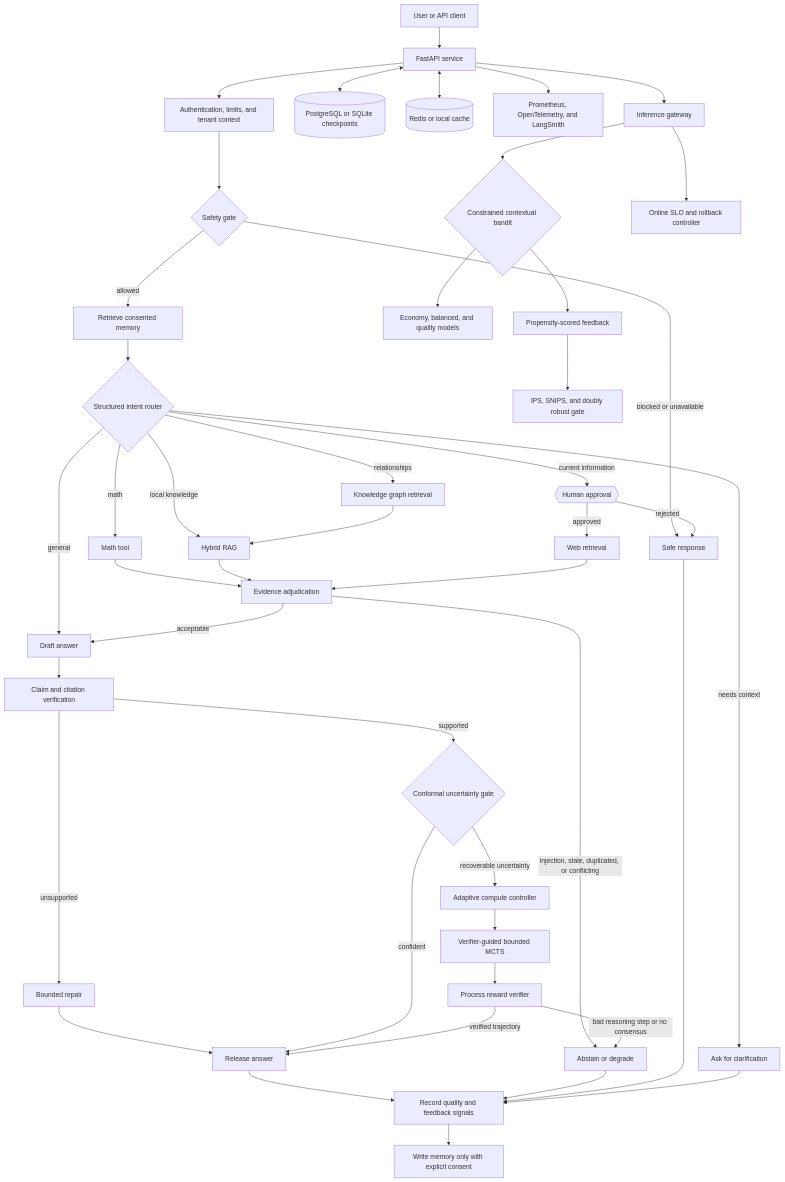
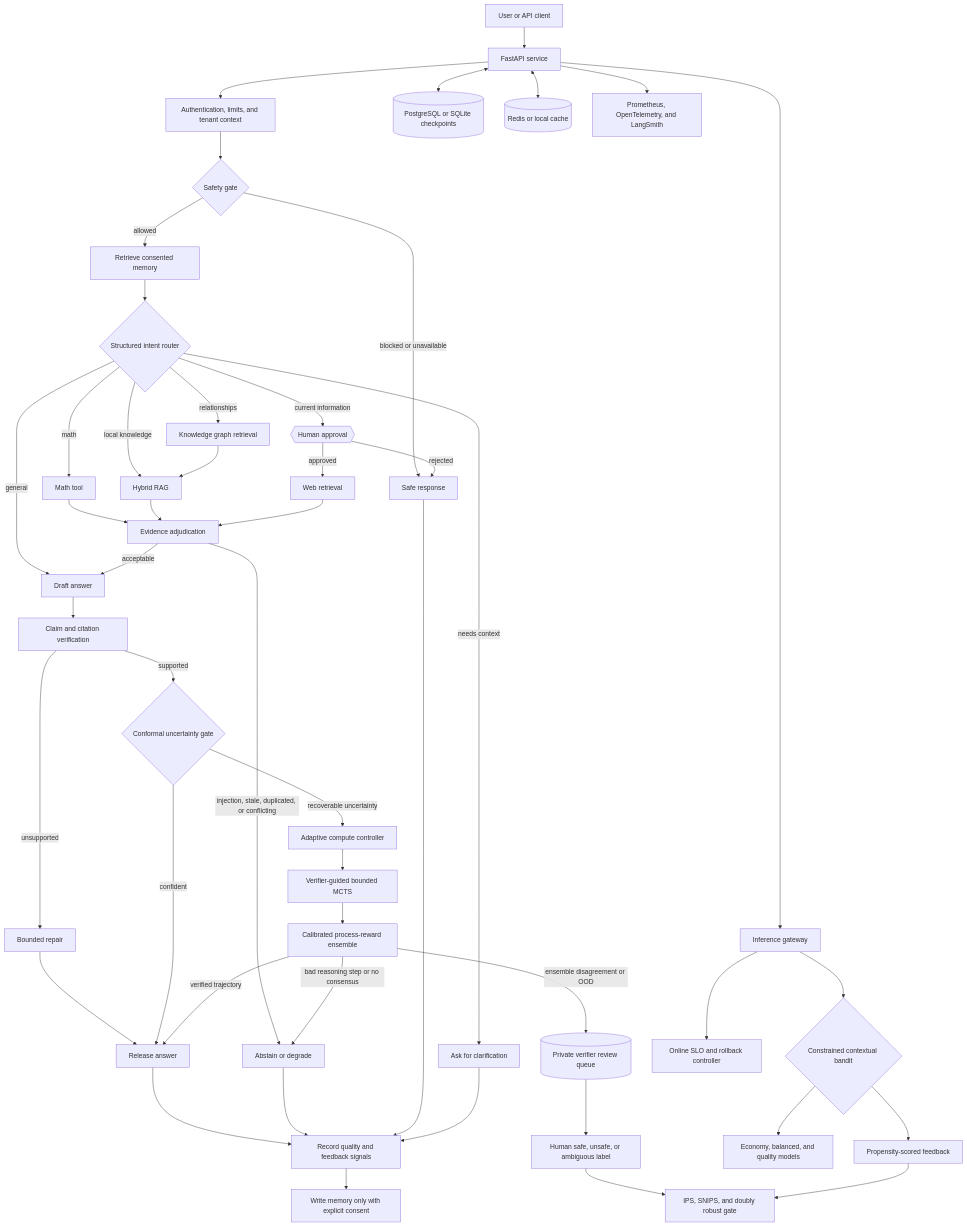
Before and after one commit to Theepankumargandhi/Multi-Agent-Orchestration: the first of 2 diagrams in README.md, drawn with Mermaid. The commit also changed other lines of this file and 17 other files, not shown here.

Commit message:
feat: add uncertainty-aware verifier ensemble

````diff
--- a/README.md
+++ b/README.md
@@ -36,53 +36,56 @@
 ```mermaid
 flowchart TD
     User[User or API client] --> API[FastAPI service]
     API --> Auth[Authentication, limits, and tenant context]
     Auth --> Safety{Safety gate}
 
     Safety -->|blocked or unavailable| Stop[Safe response]
     Safety -->|allowed| Memory[Retrieve consented memory]
     Memory --> Router{Structured intent router}
 
     Router -->|needs context| Clarify[Ask for clarification]
     Router -->|math| Math[Math tool]
     Router -->|local knowledge| RAG[Hybrid RAG]
     Router -->|relationships| Graph[Knowledge graph retrieval]
     Router -->|current information| Approval{{Human approval}}
     Router -->|general| Draft[Draft answer]
 
     Approval -->|approved| Web[Web retrieval]
     Approval -->|rejected| Stop
     Graph --> RAG
     Math --> Evidence
     RAG --> Evidence[Evidence adjudication]
     Web --> Evidence
     Evidence -->|injection, stale, duplicated, or conflicting| Abstain[Abstain or degrade]
     Evidence -->|acceptable| Draft
 
     Draft --> Ground[Claim and citation verification]
     Ground -->|unsupported| Repair[Bounded repair]
     Ground -->|supported| Uncertainty{Conformal uncertainty gate}
     Repair --> Final
     Uncertainty -->|confident| Final[Release answer]
     Uncertainty -->|recoverable uncertainty| Compute[Adaptive compute controller]
     Compute --> Search[Verifier-guided bounded MCTS]
-    Search --> PRM[Process reward verifier]
+    Search --> PRM[Calibrated process-reward ensemble]
     PRM -->|verified trajectory| Final
     PRM -->|bad reasoning step or no consensus| Abstain
+    PRM -->|ensemble disagreement or OOD| ReviewQueue[(Private verifier review queue)]
+    ReviewQueue --> ReviewLabel[Human safe, unsafe, or ambiguous label]
+    ReviewLabel --> Offline
 
     Final --> Evaluate[Record quality and feedback signals]
     Abstain --> Evaluate
     Stop --> Evaluate
     Clarify --> Evaluate
     Evaluate --> WriteMemory[Write memory only with explicit consent]
 
     API <--> State[(PostgreSQL or SQLite checkpoints)]
     API <--> Cache[(Redis or local cache)]
     API --> Telemetry[Prometheus, OpenTelemetry, and LangSmith]
     API --> Gateway[Inference gateway]
     Gateway --> Bandit{Constrained contextual bandit}
     Bandit --> Models[Economy, balanced, and quality models]
     Bandit --> Feedback[Propensity-scored feedback]
     Feedback --> Offline[IPS, SNIPS, and doubly robust gate]
     Gateway --> Online[Online SLO and rollback controller]
 ```
````
